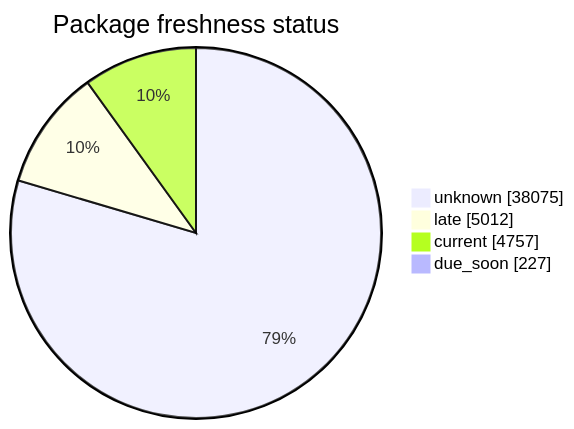
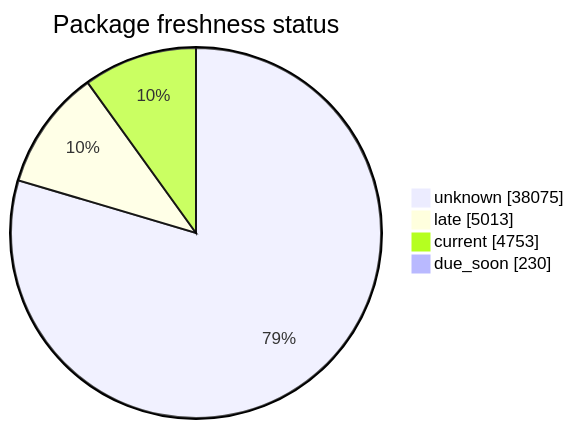
Before and after one commit to open-data/analytics-corporate-reporting: the second of 5 diagrams in FreshCheck/README.md, drawn with Mermaid. The commit also changed other lines of this file and 3 other files, not shown here.

````diff
--- a/FreshCheck/README.md
+++ b/FreshCheck/README.md
@@ -68,7 +68,7 @@
 ```mermaid
 pie showData title Package freshness status
     "unknown": 38075
-    "late": 5012
-    "current": 4757
-    "due_soon": 227
+    "late": 5013
+    "current": 4753
+    "due_soon": 230
 ```
````
